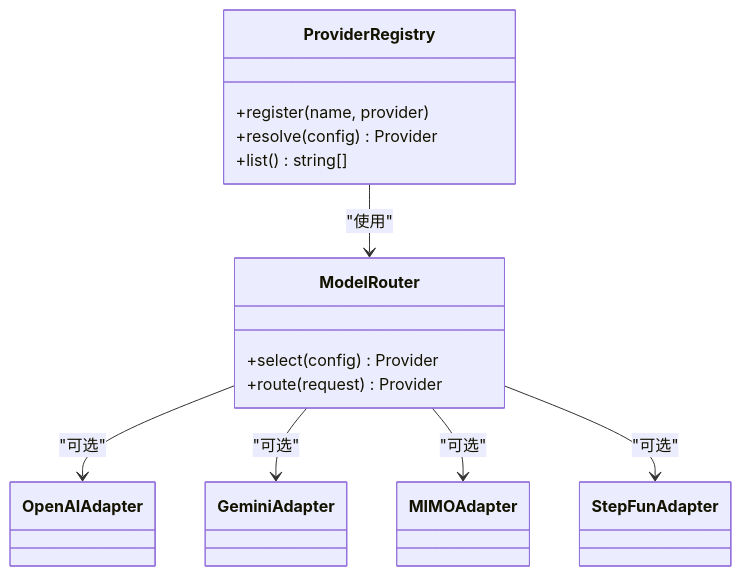
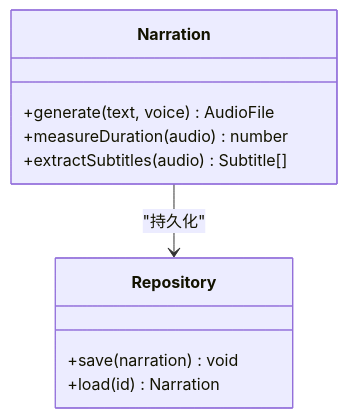
One commit to scottcwy/PurpleInk changed the fifth of 8 diagrams in .qoder/repowiki/zh/content/项目概述/架构设计理念.md. Above: the diagram before and after it, drawn with Mermaid. The commit also changed other lines of this file and 872 other files, not shown here.

````diff
--- a/.qoder/repowiki/zh/content/项目概述/架构设计理念.md
+++ b/.qoder/repowiki/zh/content/项目概述/架构设计理念.md
@@ -152,21 +238,13 @@
 ```mermaid
 classDiagram
-class ProviderRegistry {
-+register(name, provider)
-+resolve(config) Provider
-+list() string[]
+class Narration {
++generate(text, voice) AudioFile
++measureDuration(audio) number
++extractSubtitles(audio) Subtitle[]
 }
-class ModelRouter {
-+select(config) Provider
-+route(request) Provider
+class Repository {
++save(narration) void
++load(id) Narration
 }
-class OpenAIAdapter
-class GeminiAdapter
-class MIMOAdapter
-class StepFunAdapter
-ProviderRegistry --> ModelRouter : "使用"
-ModelRouter --> OpenAIAdapter : "可选"
-ModelRouter --> GeminiAdapter : "可选"
-ModelRouter --> MIMOAdapter : "可选"
-ModelRouter --> StepFunAdapter : "可选"
+Narration --> Repository : "持久化"
 ```
````
